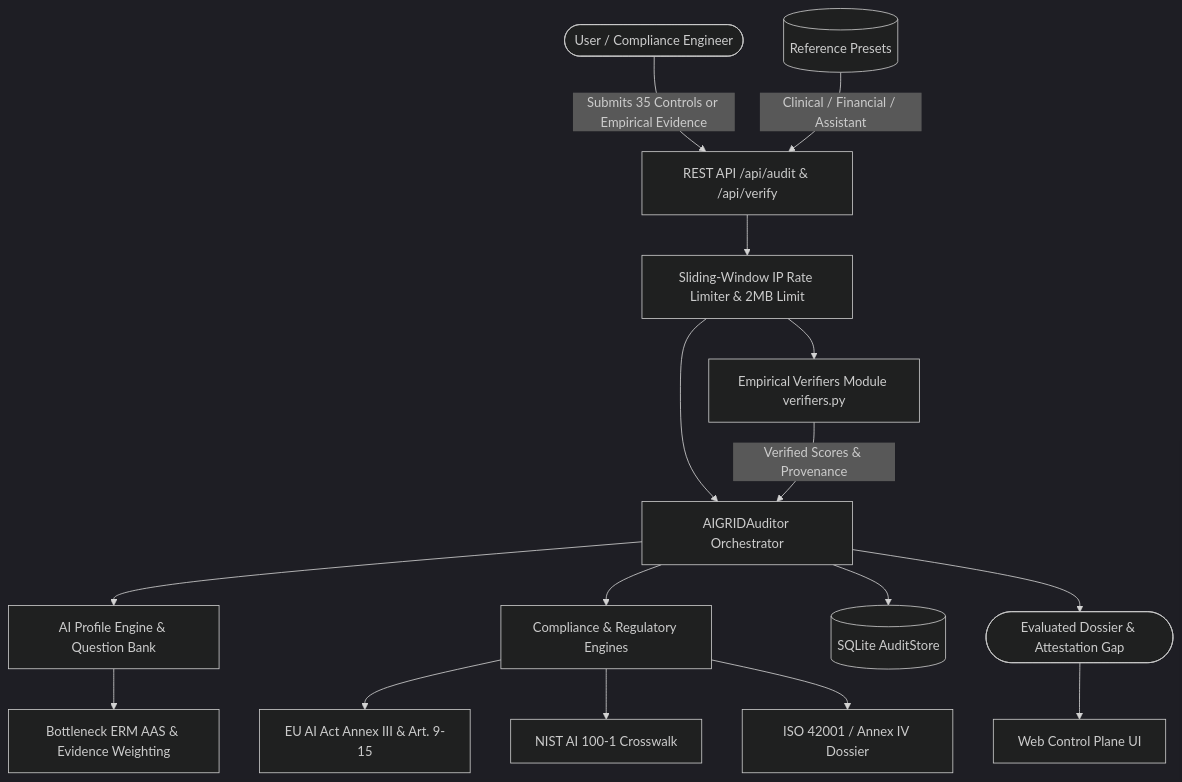
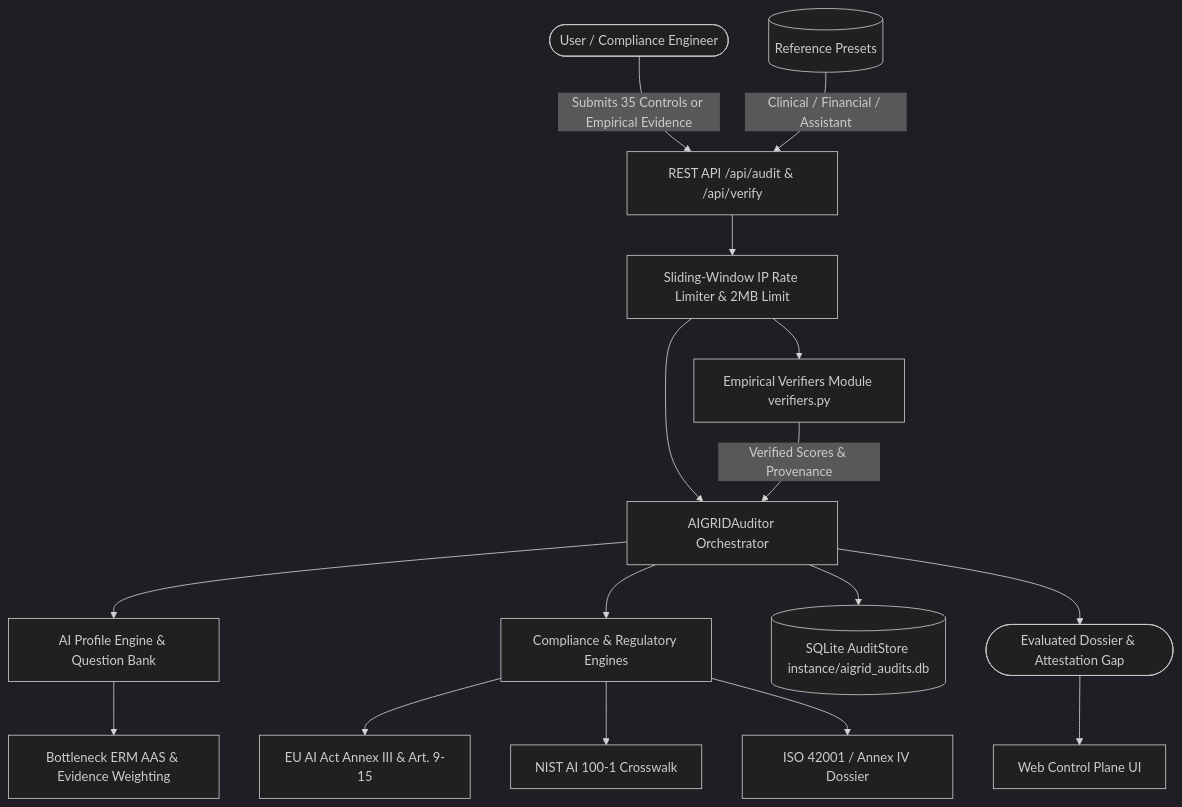
The diagram in docs/ARCHITECTURE.md (praveenbyrisetty/AI-GRID), drawn with Mermaid (dark theme) before and after one commit. The commit also changed other lines of this file and 15 other files, not shown here.

````diff
--- a/docs/ARCHITECTURE.md
+++ b/docs/ARCHITECTURE.md
@@ -12,18 +12,18 @@
 ```mermaid
 graph TD
     User([User / Compliance Engineer]) -->|Submits 35 Controls or Empirical Evidence| API[REST API /api/audit & /api/verify]
     Presets[(Reference Presets)] -->|Clinical / Financial / Assistant| API
     API --> RateLimit[Sliding-Window IP Rate Limiter & 2MB Limit]
     RateLimit --> Auditor[AIGRIDAuditor Orchestrator]
     RateLimit --> Verifiers[Empirical Verifiers Module verifiers.py]
     Verifiers -->|Verified Scores & Provenance| Auditor
     Auditor --> ProfileEngine[AI Profile Engine & Question Bank]
     Auditor --> CompEngines[Compliance & Regulatory Engines]
     ProfileEngine --> Scoring[Bottleneck ERM AAS & Evidence Weighting]
     CompEngines --> EUAIAct[EU AI Act Annex III & Art. 9-15]
     CompEngines --> NIST[NIST AI 100-1 Crosswalk]
     CompEngines --> ModelCard[ISO 42001 / Annex IV Dossier]
-    Auditor --> SQLite[(SQLite AuditStore)]
+    Auditor --> SQLite[(SQLite AuditStore instance/aigrid_audits.db)]
     Auditor --> Response([Evaluated Dossier & Attestation Gap])
     Response --> UI[Web Control Plane UI]
 ```
````
